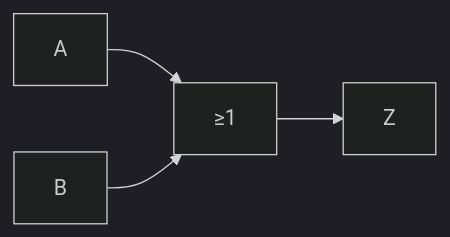
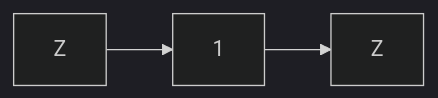
The diagram in Arquitectura de Computadoras/Compuerta NOT.md (martinstanicio/ingenieria-en-sistemas), drawn with Mermaid (dark theme) before and after one commit. The commit also changed other lines of this file and 3 other files, not shown here.

````diff
--- a/Arquitectura de Computadoras/Compuerta NOT.md
+++ b/Arquitectura de Computadoras/Compuerta NOT.md
@@ -30,10 +18,8 @@
 ```mermaid
 flowchart LR
-    A[A]
-    B[B]
-    OR["≥1"]
     Z[Z]
+    NOT["1"]
+    NOTZ[Z]
 
-    A & B --> OR
-    OR --> Z
+    Z --> NOT --> NOTZ
 ```
````
